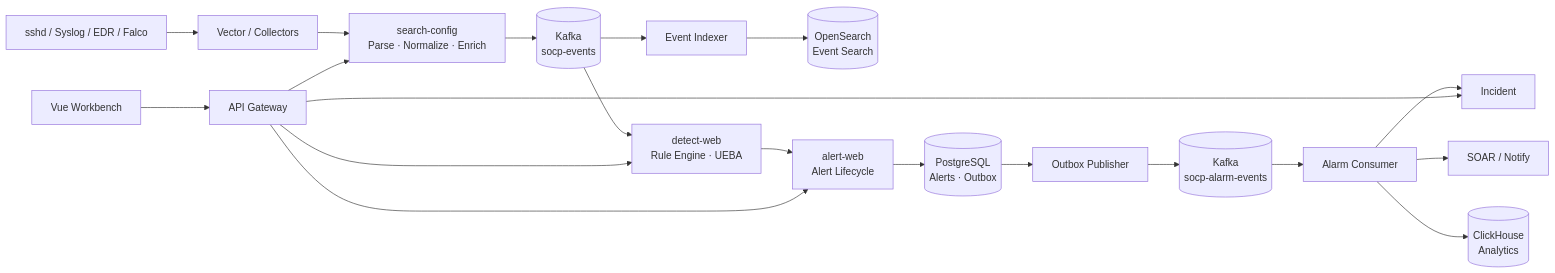
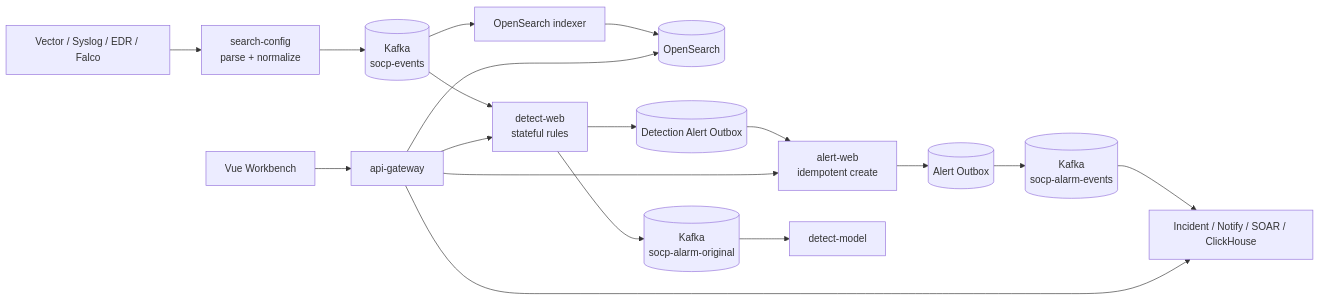
One commit to VincentXR/socp-siem changed the diagram in README.md. Above: the diagram before and after it, drawn with Mermaid. The commit also changed other lines of this file and 36 other files, not shown here.

Commit message:
feat(reliability): add durable detection alert handoff

````diff
--- a/README.md
+++ b/README.md
@@ -18,25 +14,20 @@
 ```mermaid
 flowchart LR
-    S[sshd / Syslog / EDR / Falco] --> V[Vector / Collectors]
-    V --> N[search-config<br/>Parse · Normalize · Enrich]
-    N --> K[(Kafka<br/>socp-events)]
-
-    K --> D[detect-web<br/>Rule Engine · UEBA]
-    K --> X[Event Indexer]
-    X --> OS[(OpenSearch<br/>Event Search)]
-
-    D --> A[alert-web<br/>Alert Lifecycle]
-    A --> PG[(PostgreSQL<br/>Alerts · Outbox)]
-    PG --> OP[Outbox Publisher]
-    OP --> AK[(Kafka<br/>socp-alarm-events)]
-    AK --> F[Alarm Consumer]
-    F --> I[Incident]
-    F --> R[SOAR / Notify]
-    F --> CK[(ClickHouse<br/>Analytics)]
-
-    UI[Vue Workbench] --> GW[API Gateway]
-    GW --> N
-    GW --> D
-    GW --> A
-    GW --> I
+  S[Vector / Syslog / EDR / Falco] --> P[search-config<br/>parse + normalize]
+  P --> K[(Kafka<br/>socp-events)]
+  K --> D[detect-web<br/>stateful rules]
+  K --> IX[OpenSearch indexer]
+  IX --> OS[(OpenSearch)]
+  D --> DO[(Detection Alert Outbox)]
+  DO --> A[alert-web<br/>idempotent create]
+  A --> AO[(Alert Outbox)]
+  AO --> AK[(Kafka<br/>socp-alarm-events)]
+  AK --> F[Incident / Notify / SOAR / ClickHouse]
+  D --> DM[(Kafka<br/>socp-alarm-original)]
+  DM --> M[detect-model]
+  UI[Vue Workbench] --> GW[api-gateway]
+  GW --> D
+  GW --> A
+  GW --> OS
+  GW --> F
 ```
````
